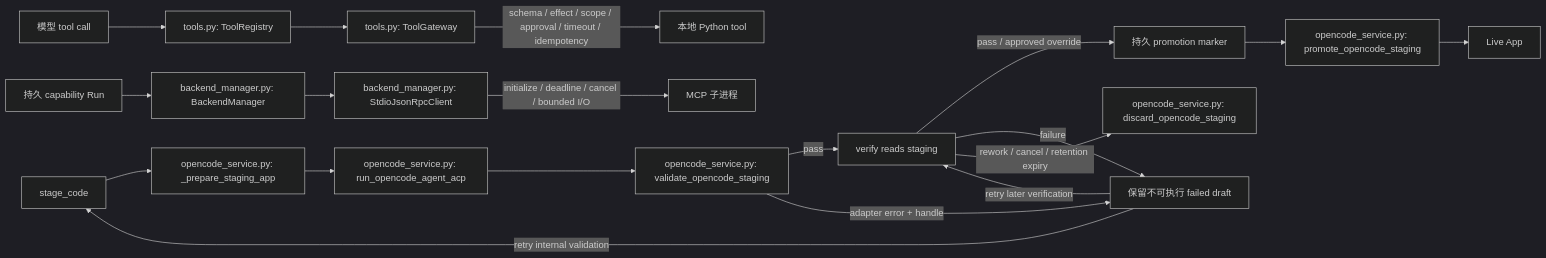
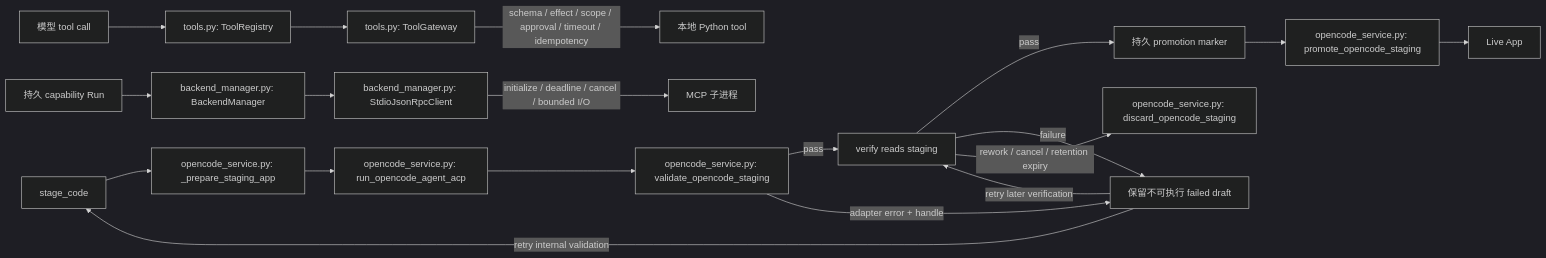
One commit to BillShiyaoZhang/ambient-agent changed the fifth of 7 diagrams in docs/architecture/uml.md. Above: the diagram before and after it, drawn with Mermaid (dark theme). The commit also changed other lines of this file and 21 other files, not shown here.

Commit message:
Enforce schema validation and repair workflows

````diff
--- a/docs/architecture/uml.md
+++ b/docs/architecture/uml.md
@@ -154,23 +153,23 @@
 ```mermaid
 flowchart LR
     Model[模型 tool call] --> Registry[tools.py: ToolRegistry]
     Registry --> Gateway[tools.py: ToolGateway]
     Gateway -->|schema / effect / scope / approval / timeout / idempotency| LocalTool[本地 Python tool]
 
     Run[持久 capability Run] --> Backend[backend_manager.py: BackendManager]
     Backend --> MCP[backend_manager.py: StdioJsonRpcClient]
     MCP -->|initialize / deadline / cancel / bounded I/O| Process[MCP 子进程]
 
     Stage[stage_code] --> Prepare[opencode_service.py: _prepare_staging_app]
     Prepare --> ACP[opencode_service.py: run_opencode_agent_acp]
     ACP --> Validate[opencode_service.py: validate_opencode_staging]
     Validate -->|pass| Verify[verify reads staging]
     Validate -->|adapter error + handle| Retain[保留不可执行 failed draft]
-    Verify -->|pass / approved override| Marker[持久 promotion marker]
+    Verify -->|pass| Marker[持久 promotion marker]
     Marker --> Promote[opencode_service.py: promote_opencode_staging]
     Verify -->|failure| Retain
     Retain -->|retry internal validation| Stage
     Retain -->|retry later verification| Verify
     Verify -->|rework / cancel / retention expiry| Discard[opencode_service.py: discard_opencode_staging]
     Promote --> Live[Live App]
 ```
````
